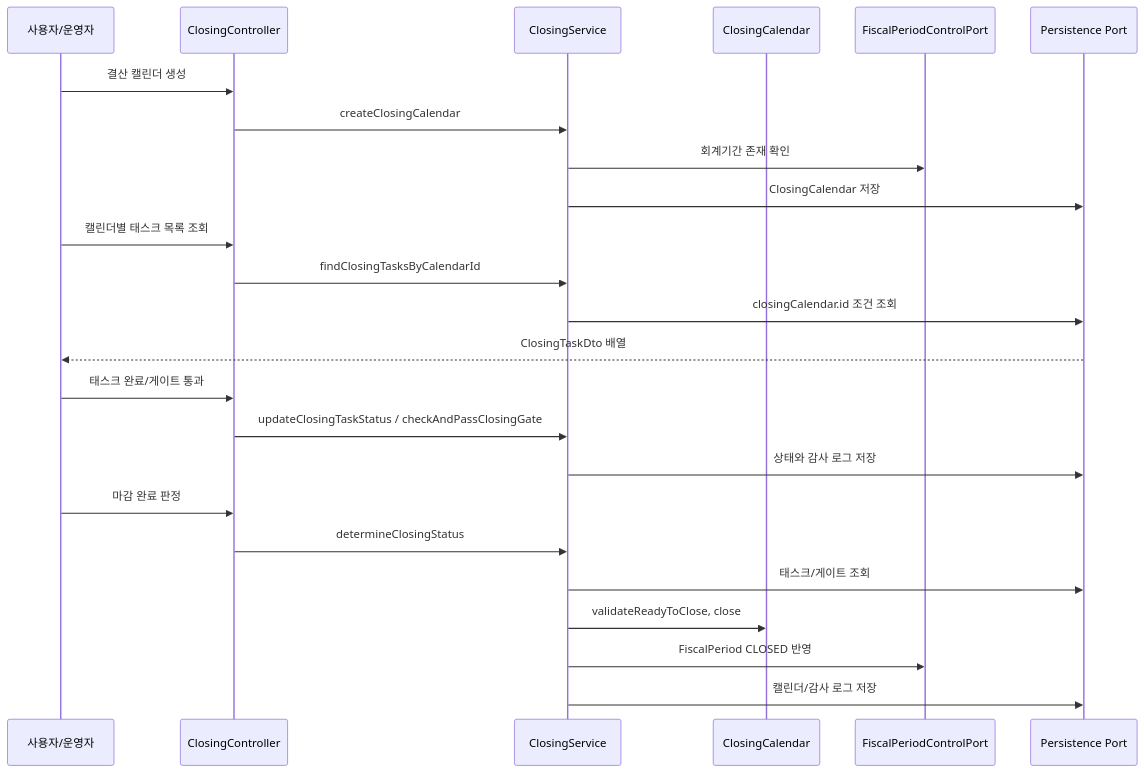
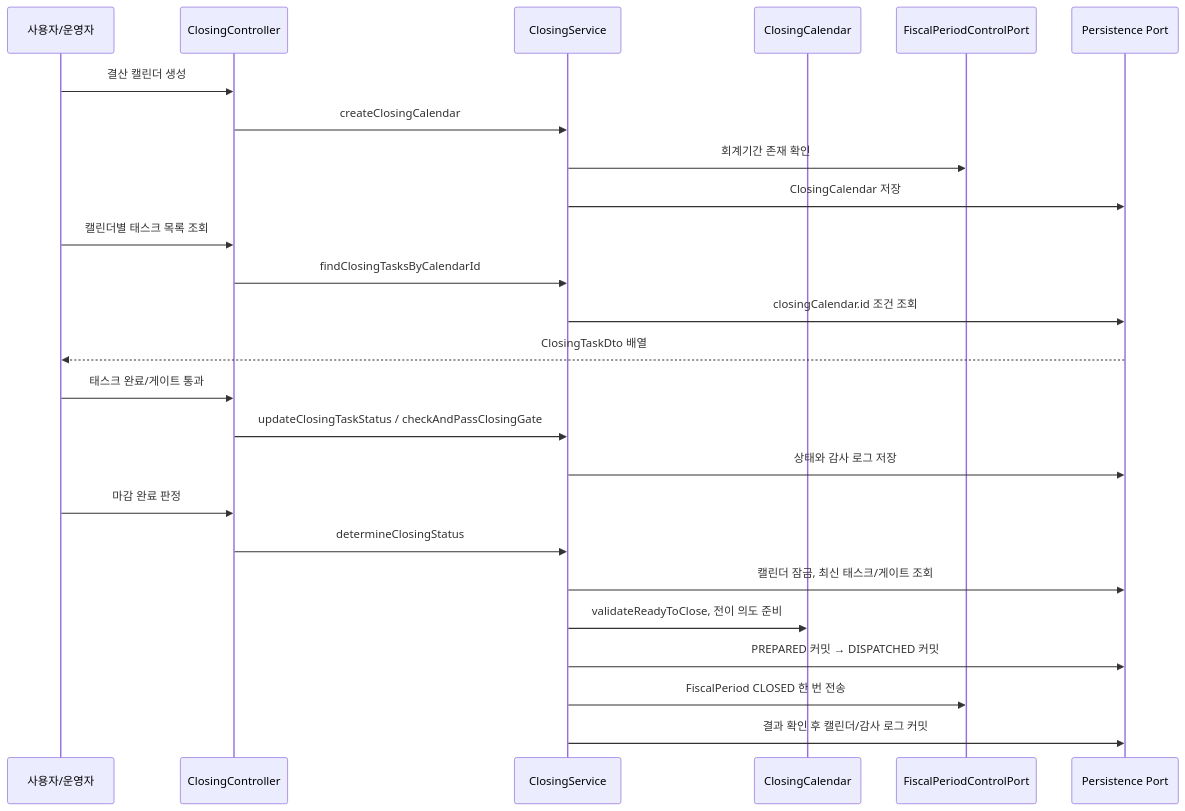
One commit to skyg547/account changed the second of 5 diagrams in closing/docs/process-flow.md. Above: the diagram before and after it, drawn with Mermaid. The commit also changed other lines of this file and 30 other files, not shown here.

````diff
--- a/closing/docs/process-flow.md
+++ b/closing/docs/process-flow.md
@@ -44,30 +44,31 @@
 ```mermaid
 sequenceDiagram
     participant User as 사용자/운영자
     participant API as ClosingController
     participant Service as ClosingService
     participant Domain as ClosingCalendar
     participant Master as FiscalPeriodControlPort
     participant Store as Persistence Port
 
     User->>API: 결산 캘린더 생성
     API->>Service: createClosingCalendar
     Service->>Master: 회계기간 존재 확인
     Service->>Store: ClosingCalendar 저장
 
     User->>API: 캘린더별 태스크 목록 조회
     API->>Service: findClosingTasksByCalendarId
     Service->>Store: closingCalendar.id 조건 조회
     Store-->>User: ClosingTaskDto 배열
 
     User->>API: 태스크 완료/게이트 통과
     API->>Service: updateClosingTaskStatus / checkAndPassClosingGate
     Service->>Store: 상태와 감사 로그 저장
 
     User->>API: 마감 완료 판정
     API->>Service: determineClosingStatus
-    Service->>Store: 태스크/게이트 조회
-    Service->>Domain: validateReadyToClose, close
-    Service->>Master: FiscalPeriod CLOSED 반영
-    Service->>Store: 캘린더/감사 로그 저장
+    Service->>Store: 캘린더 잠금, 최신 태스크/게이트 조회
+    Service->>Domain: validateReadyToClose, 전이 의도 준비
+    Service->>Store: PREPARED 커밋 → DISPATCHED 커밋
+    Service->>Master: FiscalPeriod CLOSED 한 번 전송
+    Service->>Store: 결과 확인 후 캘린더/감사 로그 커밋
 ```
````
